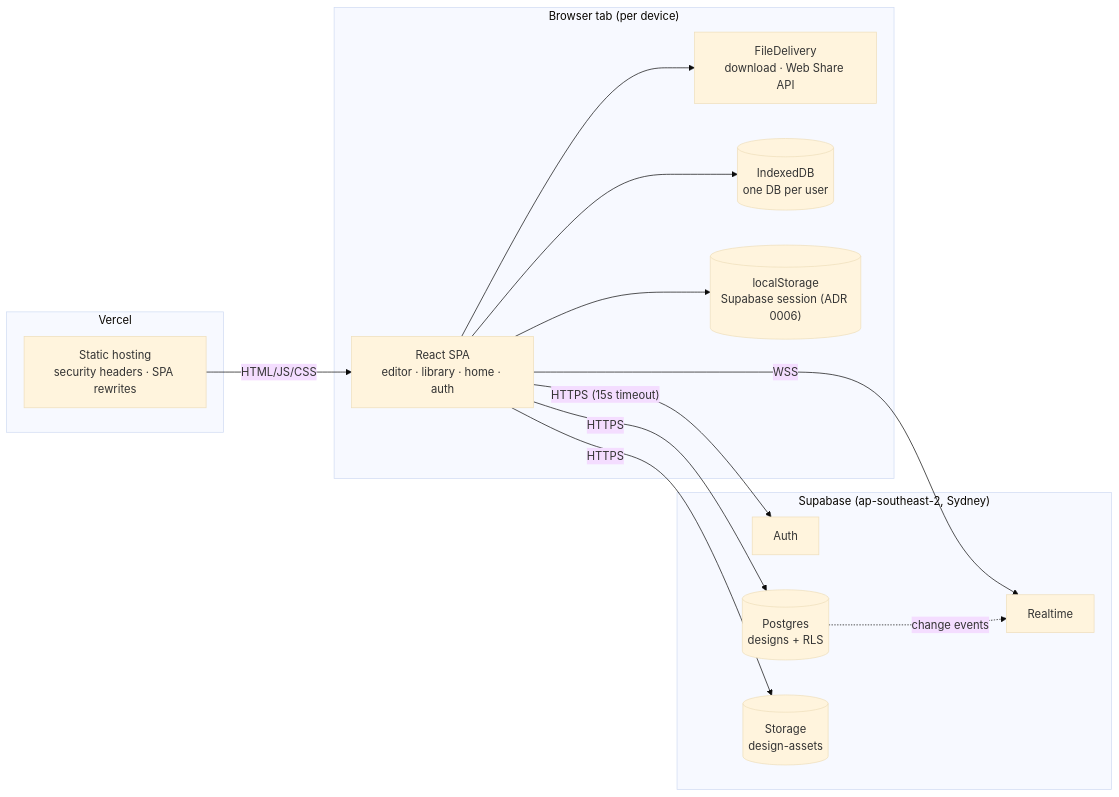
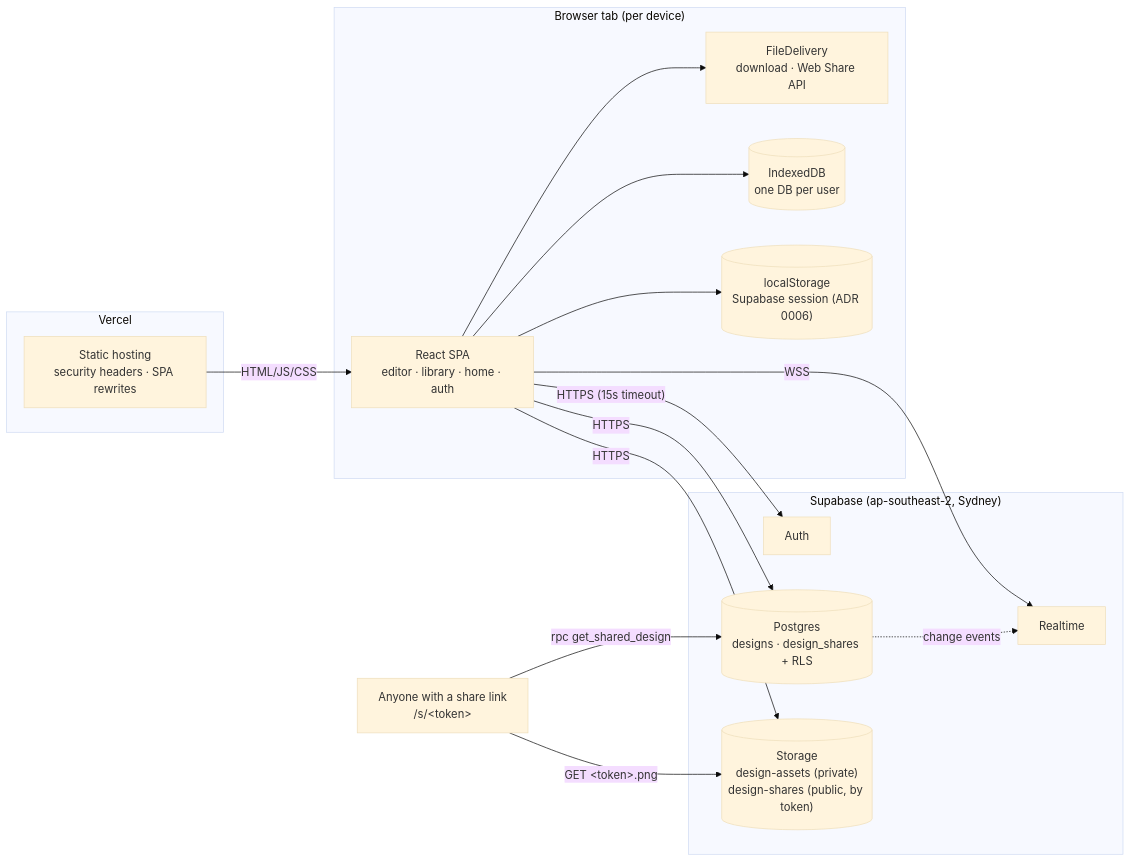
Before and after one commit to Jermayy/Canva-Studio: the first of 2 diagrams in docs/architecture.md, drawn with Mermaid (base theme). The commit also changed other lines of this file and 33 other files, not shown here.

````diff
--- a/docs/architecture.md
+++ b/docs/architecture.md
@@ -5,27 +5,30 @@
 ```mermaid
 flowchart LR
   subgraph Browser["Browser tab (per device)"]
     UI["React SPA<br/>editor · library · home · auth"]
     FD["FileDelivery<br/>download · Web Share API"]
     IDB[("IndexedDB<br/>one DB per user")]
     LS[("localStorage<br/>Supabase session (ADR 0006)")]
     UI --> FD
     UI --> IDB
     UI --> LS
   end
   subgraph Vercel
     CDN["Static hosting<br/>security headers · SPA rewrites"]
   end
   subgraph Supabase["Supabase (ap-southeast-2, Sydney)"]
     AUTH["Auth"]
-    PG[("Postgres<br/>designs + RLS")]
+    PG[("Postgres<br/>designs · design_shares + RLS")]
     RT["Realtime"]
-    ST[("Storage<br/>design-assets")]
+    ST[("Storage<br/>design-assets (private)<br/>design-shares (public, by token)")]
   end
+  V["Anyone with a share link<br/>/s/&lt;token&gt;"]
+  V -- "rpc get_shared_design" --> PG
+  V -- "GET &lt;token&gt;.png" --> ST
   CDN -- "HTML/JS/CSS" --> UI
   UI -- "HTTPS (15s timeout)" --> AUTH
   UI -- "HTTPS" --> PG
   UI -- "WSS" --> RT
   UI -- "HTTPS" --> ST
   PG -. "change events" .-> RT
 ```
````
